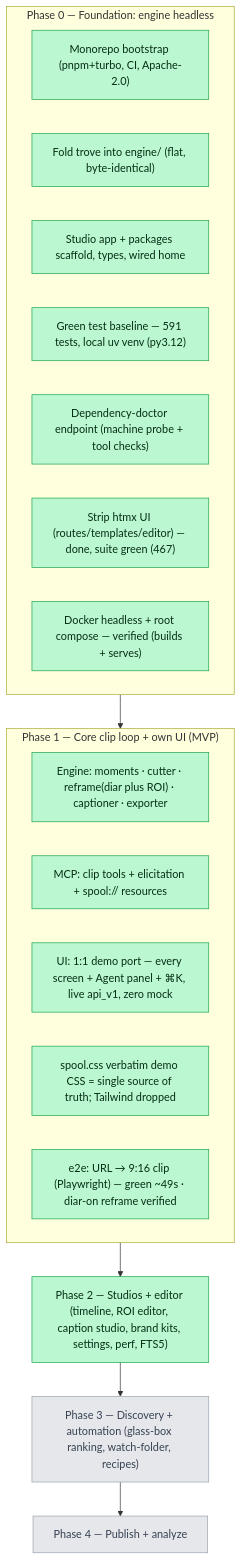
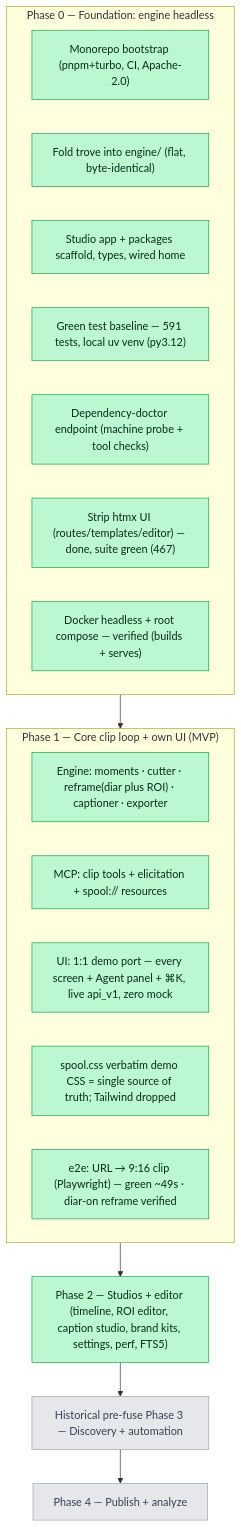
One commit to afk1997/spool-editor changed the diagram in docs/PROGRESS.md. Above: the diagram before and after it, drawn with Mermaid. The commit also changed other lines of this file and 10 other files, not shown here.

````diff
--- a/docs/PROGRESS.md
+++ b/docs/PROGRESS.md
@@ -393,28 +396,28 @@
 ```mermaid
 graph TD
     subgraph P0["Phase 0 — Foundation: engine headless"]
       B0["Monorepo bootstrap (pnpm+turbo, CI, Apache-2.0)"]:::done
       B1["Fold trove into engine/ (flat, byte-identical)"]:::done
       B2["Studio app + packages scaffold, types, wired home"]:::done
       B3["Green test baseline — 591 tests, local uv venv (py3.12)"]:::done
       B5["Dependency-doctor endpoint (machine probe + tool checks)"]:::done
       B4["Strip htmx UI (routes/templates/editor) — done, suite green (467)"]:::done
       B6["Docker headless + root compose — verified (builds + serves)"]:::done
     end
     subgraph P1["Phase 1 — Core clip loop + own UI (MVP)"]
       C1["Engine: moments · cutter · reframe(diar plus ROI) · captioner · exporter"]:::done
       C2["MCP: clip tools + elicitation + spool:// resources"]:::done
       C3["UI: 1:1 demo port — every screen + Agent panel + ⌘K, live api_v1, zero mock"]:::done
       C4["spool.css verbatim demo CSS = single source of truth; Tailwind dropped"]:::done
       C5["e2e: URL → 9:16 clip (Playwright) — green ~49s · diar-on reframe verified"]:::done
     end
     P2["Phase 2 — Studios + editor (timeline, ROI editor, caption studio, brand kits, settings, perf, FTS5)"]:::done
-    P3["Phase 3 — Discovery + automation (glass-box ranking, watch-folder, recipes)"]:::todo
+    P3["Historical pre-fuse Phase 3 — Discovery + automation"]:::todo
     P4["Phase 4 — Publish + analyze"]:::todo
 
     P0 --> P1 --> P2 --> P3 --> P4
 
     classDef done fill:#bbf7d0,stroke:#16a34a,color:#052e16;
     classDef wip  fill:#fde68a,stroke:#d97706,color:#451a03;
     classDef todo fill:#e5e7eb,stroke:#9ca3af,color:#374151;
 ```
````
